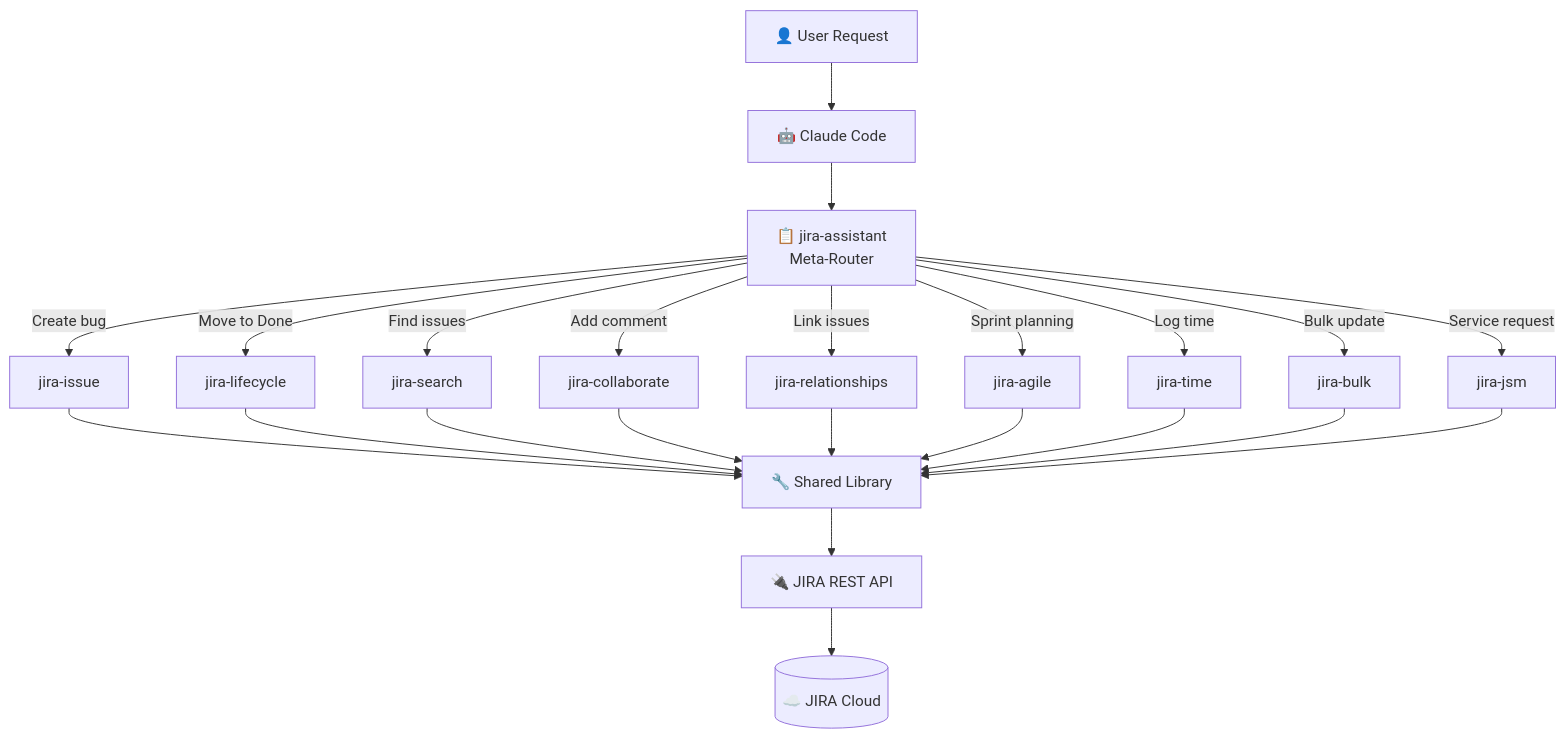
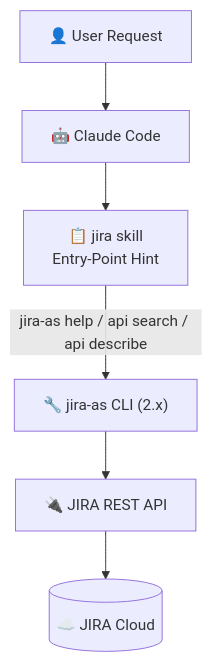
One commit to grandcamel/JIRA-Assistant-Skills changed the second of 2 diagrams in README.md. Above: the diagram before and after it, drawn with Mermaid. The commit also changed other lines of this file and 11 other files, not shown here.

````diff
--- a/README.md
+++ b/README.md
@@ -439,19 +447,8 @@
 ```mermaid
 flowchart TD
     U["👤 User Request"] --> CC["🤖 Claude Code"]
-    CC --> JA["📋 jira-assistant<br/>Meta-Router"]
-
-    JA -->|"Create bug"| JI["jira-issue"]
-    JA -->|"Move to Done"| JL["jira-lifecycle"]
-    JA -->|"Find issues"| JS["jira-search"]
-    JA -->|"Add comment"| JC["jira-collaborate"]
-    JA -->|"Link issues"| JR["jira-relationships"]
-    JA -->|"Sprint planning"| JAG["jira-agile"]
-    JA -->|"Log time"| JT["jira-time"]
-    JA -->|"Bulk update"| JB["jira-bulk"]
-    JA -->|"Service request"| JSM["jira-jsm"]
-
-    JI & JL & JS & JC & JR & JAG & JT & JB & JSM --> SH["🔧 Shared Library"]
-    SH --> API["🔌 JIRA REST API"]
+    CC --> JS["📋 jira skill<br/>Entry-Point Hint"]
+    JS -->|"jira-as help / api search / api describe"| CLI["🔧 jira-as CLI (2.x)"]
+    CLI --> API["🔌 JIRA REST API"]
     API --> JIRA[("☁️ JIRA Cloud")]
 ```
````
